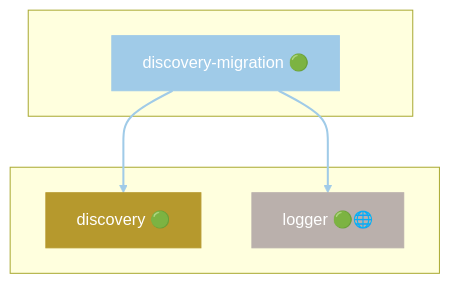
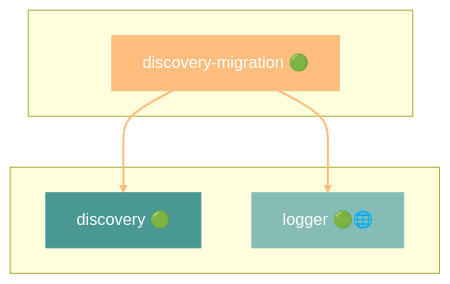
One commit to grest-ts/grest-ts changed diagram 18 of 46 in docs/DEPENDENCIES.md. Above: the diagram before and after it, drawn with Mermaid. The commit also changed other lines of this file and 59 other files, not shown here.

````diff
--- a/docs/DEPENDENCIES.md
+++ b/docs/DEPENDENCIES.md
@@ -949,17 +953,17 @@
 ```mermaid
 flowchart TB
     subgraph Package[" "]
         discovery-migration["discovery-migration 🟢"]
     end
     subgraph Dependencies[" "]
         discovery["discovery 🟢"]
         logger["logger 🟢🌐"]
     end
     discovery-migration --> discovery
     discovery-migration --> logger
-    style discovery-migration fill:#A0CBE8,stroke:#A0CBE8,color:#fff
-    style discovery fill:#B6992D,stroke:#B6992D,color:#fff
-    style logger fill:#BAB0AC,stroke:#BAB0AC,color:#fff
-    linkStyle 0 stroke:#A0CBE8,stroke-width:2px
-    linkStyle 1 stroke:#A0CBE8,stroke-width:2px
+    style discovery-migration fill:#FFBE7D,stroke:#FFBE7D,color:#fff
+    style discovery fill:#499894,stroke:#499894,color:#fff
+    style logger fill:#86BCB6,stroke:#86BCB6,color:#fff
+    linkStyle 0 stroke:#FFBE7D,stroke-width:2px
+    linkStyle 1 stroke:#FFBE7D,stroke-width:2px
 ```
````
